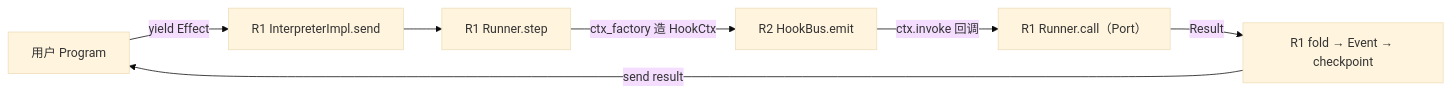
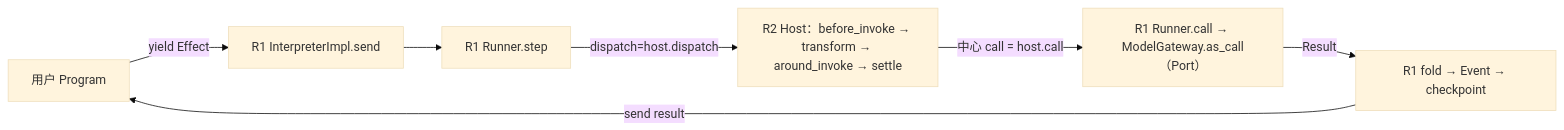
Before and after one commit to sao-lang/lll: the diagram in docs/代码阅读指南-R1-R2.md, drawn with Mermaid (base theme). The commit also changed other lines of this file and 67 other files, not shown here.

````diff
--- a/docs/代码阅读指南-R1-R2.md
+++ b/docs/代码阅读指南-R1-R2.md
@@ -108,9 +109,9 @@
 ```mermaid
 flowchart LR
     P["用户 Program"] -->|yield Effect| I["R1 InterpreterImpl.send"]
     I --> R["R1 Runner.step"]
-    R -->|ctx_factory 造 HookCtx| B["R2 HookBus.emit"]
-    B -->|ctx.invoke 回调| C["R1 Runner.call（Port）"]
+    R -->|dispatch=host.dispatch| H["R2 Host：before_invoke → transform → around_invoke → settle"]
+    H -->|中心 call = host.call| C["R1 Runner.call → ModelGateway.as_call（Port）"]
     C -->|Result| F["R1 fold → Event → checkpoint"]
     F -->|send result| P
 ```
````
